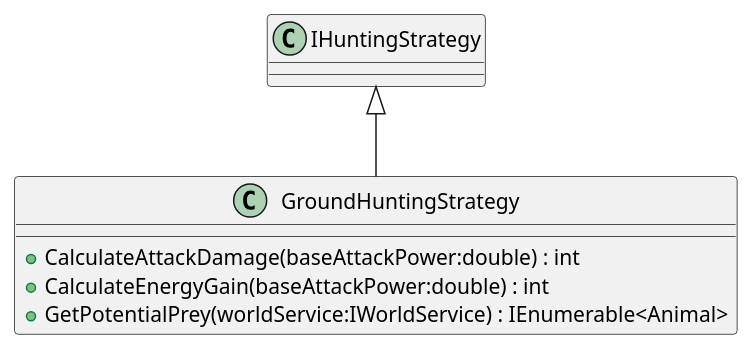
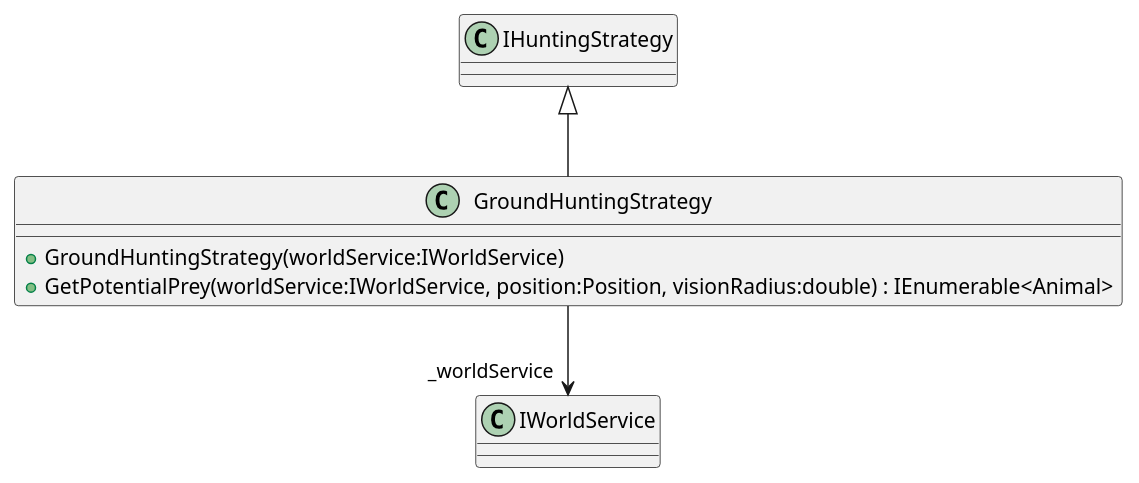
The diagram in plantuml/Models/Behaviors/Hunt/GroundHunting.puml (I42I/ecosystem), drawn with PlantUML before and after one commit. The commit also changed 65 other files, not shown here.

```diff
--- a/plantuml/Models/Behaviors/Hunt/GroundHunting.puml
+++ b/plantuml/Models/Behaviors/Hunt/GroundHunting.puml
@@ -1,8 +1,8 @@
 @startuml
 class GroundHuntingStrategy {
-    + CalculateAttackDamage(baseAttackPower:double) : int
-    + CalculateEnergyGain(baseAttackPower:double) : int
-    + GetPotentialPrey(worldService:IWorldService) : IEnumerable<Animal>
+    + GroundHuntingStrategy(worldService:IWorldService)
+    + GetPotentialPrey(worldService:IWorldService, position:Position, visionRadius:double) : IEnumerable<Animal>
 }
 IHuntingStrategy <|-- GroundHuntingStrategy
+GroundHuntingStrategy --> "_worldService" IWorldService
 @enduml
```
